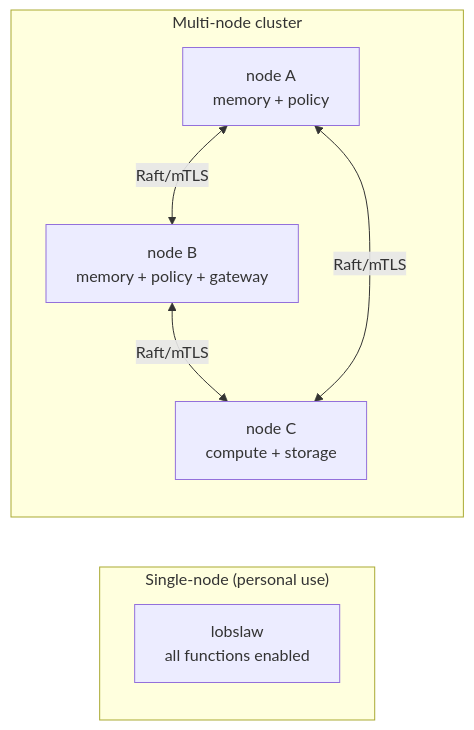
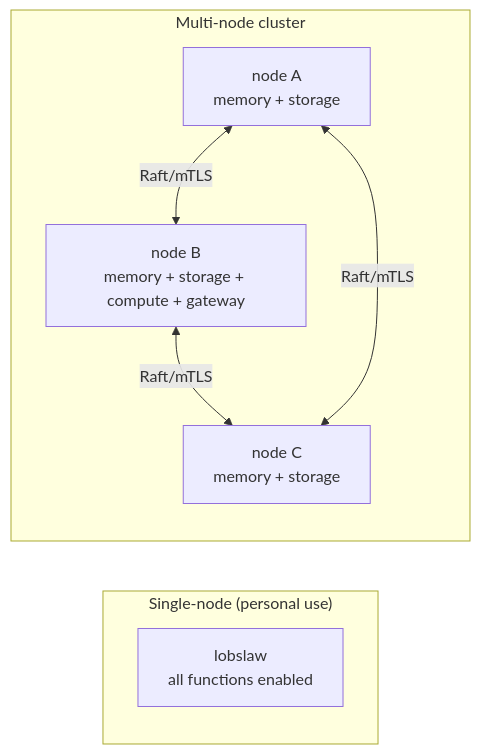
One commit to Sheardo/lobslaw changed the second of 9 diagrams in docs/dev/ARCHITECTURE.md. Above: the diagram before and after it, drawn with Mermaid. The commit also changed other lines of this file and 4 other files, not shown here.

````diff
--- a/docs/dev/ARCHITECTURE.md
+++ b/docs/dev/ARCHITECTURE.md
@@ -113,15 +113,15 @@
 ```mermaid
 flowchart LR
   subgraph SingleNode["Single-node (personal use)"]
     N1["lobslaw<br/>all functions enabled"]
   end
 
   subgraph MultiNode["Multi-node cluster"]
-    N2["node A<br/>memory + policy"]
-    N3["node B<br/>memory + policy + gateway"]
-    N4["node C<br/>compute + storage"]
+    N2["node A<br/>memory + storage"]
+    N3["node B<br/>memory + storage + compute + gateway"]
+    N4["node C<br/>memory + storage"]
     N2 <-- Raft/mTLS --> N3
     N3 <-- Raft/mTLS --> N4
     N2 <-- Raft/mTLS --> N4
   end
 ```
````
